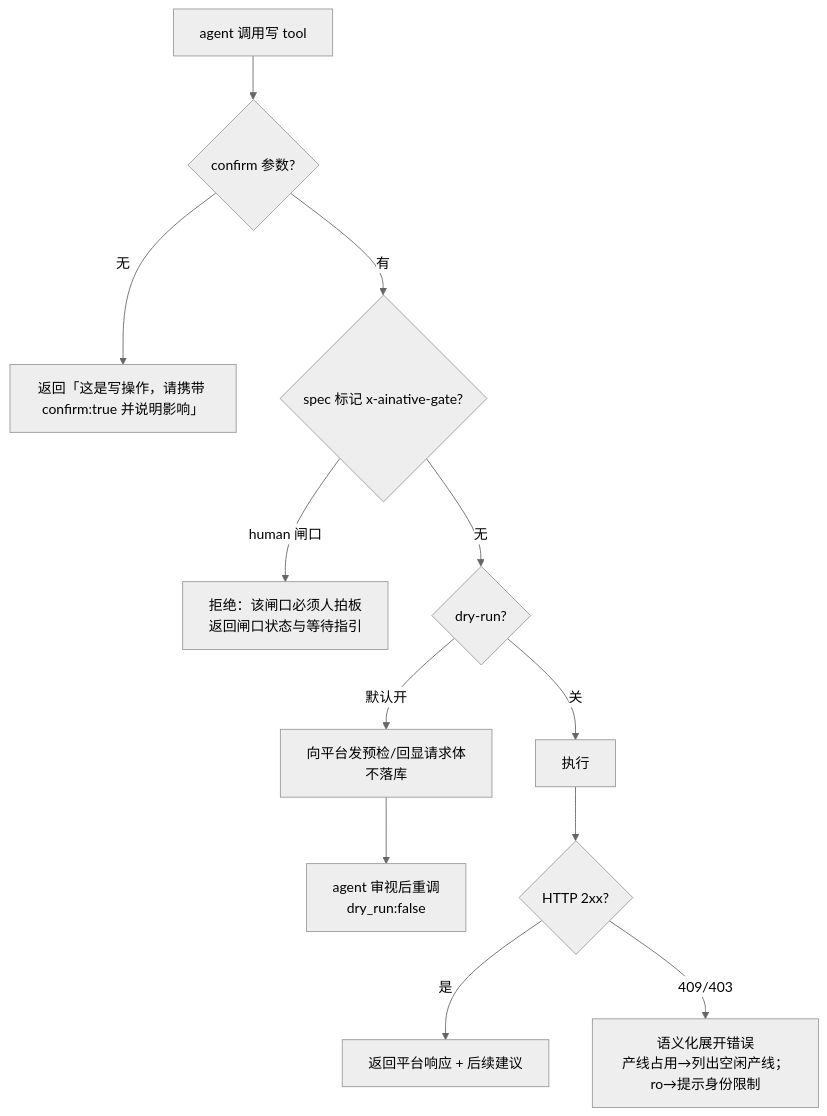
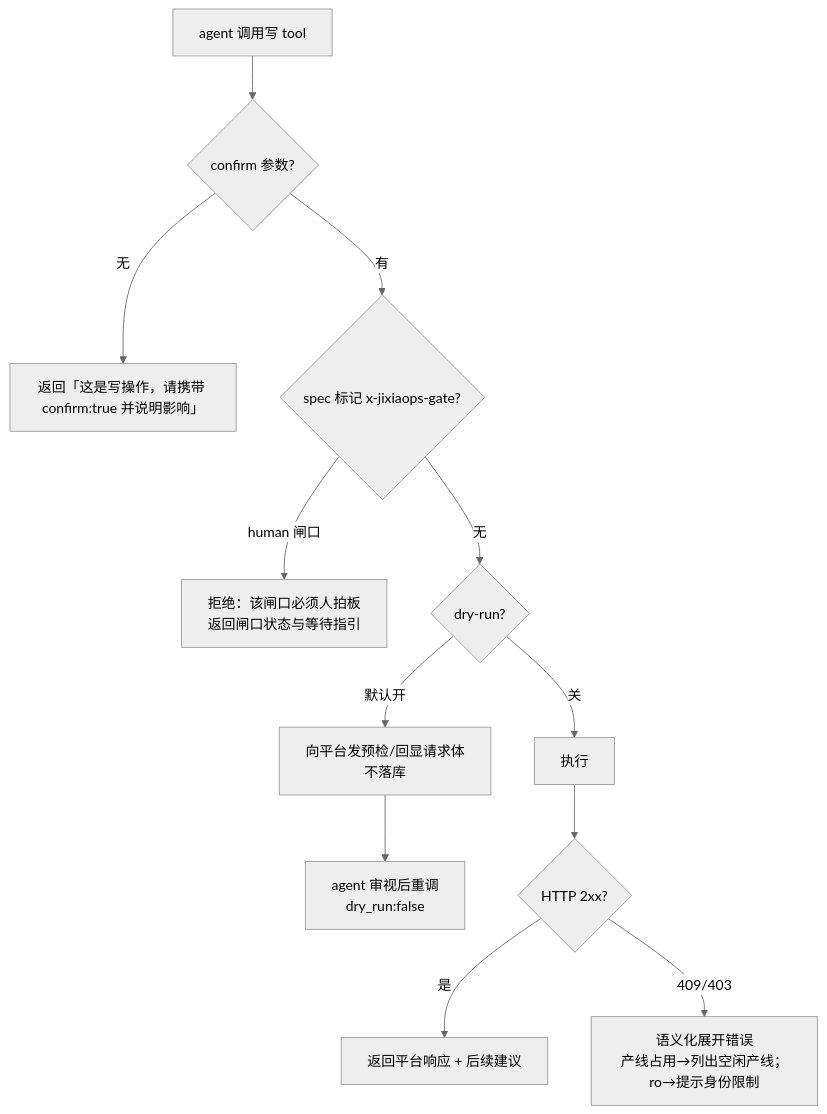
The eighth of 9 diagrams in docs/agent-plugin-architecture.md (huaweicloud-mate/jixiaops-cli), drawn with Mermaid (neutral theme) before and after one commit. The commit also changed other lines of this file and 11 other files, not shown here.

First line of the commit message:
v0.5.0: 更名 ainative → jixiaops（包名/bin/配置目录/env，旧环境零迁移）

````diff
--- a/docs/agent-plugin-architecture.md
+++ b/docs/agent-plugin-architecture.md
@@ -324,14 +324,14 @@
 ```mermaid
 flowchart TD
     T[agent 调用写 tool] --> D{confirm 参数?}
     D -->|无| ASK[返回「这是写操作，请携带 confirm:true 并说明影响」]
-    D -->|有| G{spec 标记 x-ainative-gate?}
+    D -->|有| G{spec 标记 x-jixiaops-gate?}
     G -->|human 闸口| REF[拒绝：该闸口必须人拍板<br/>返回闸口状态与等待指引]
     G -->|无| DR{dry-run?}
     DR -->|默认开| PRE[向平台发预检/回显请求体<br/>不落库]
     PRE --> AG2[agent 审视后重调<br/>dry_run:false]
     DR -->|关| EX[执行]
     EX --> OK{HTTP 2xx?}
     OK -->|是| RPT[返回平台响应 + 后续建议]
     OK -->|409/403| EXP[语义化展开错误<br/>产线占用→列出空闲产线；ro→提示身份限制]
 ```
````
